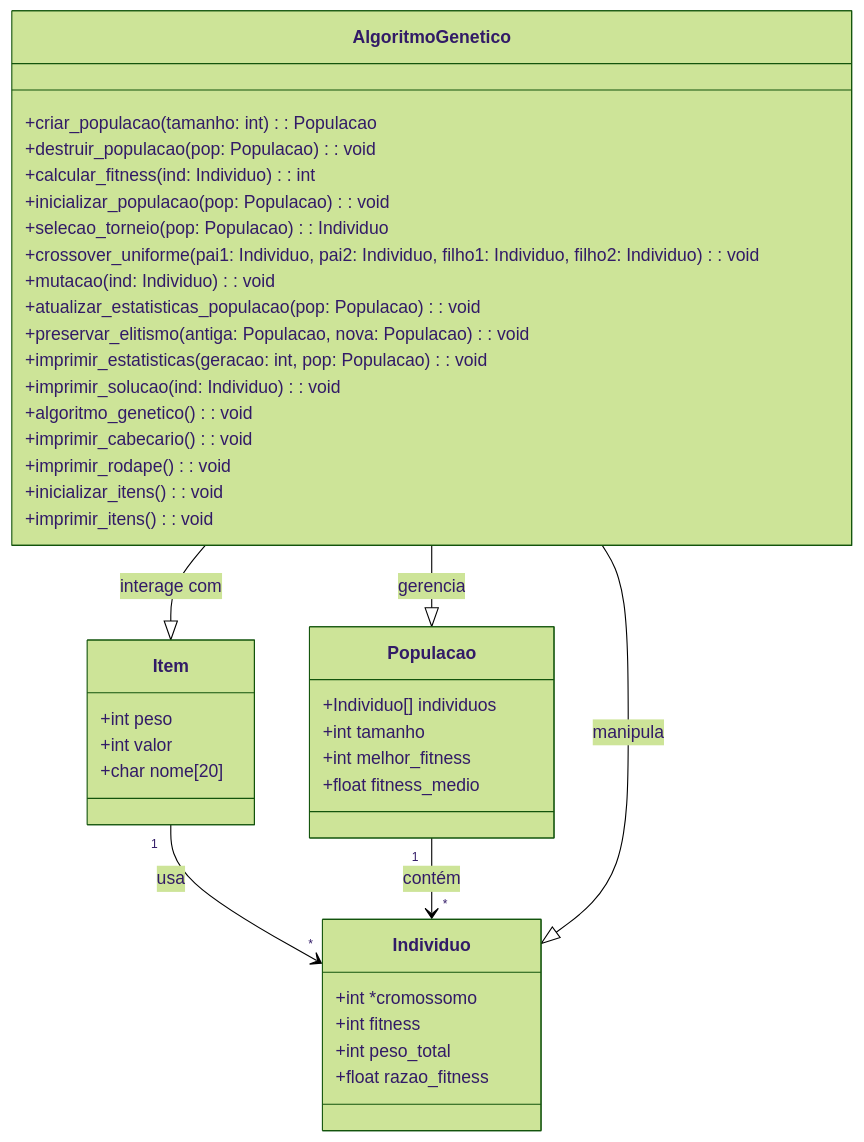
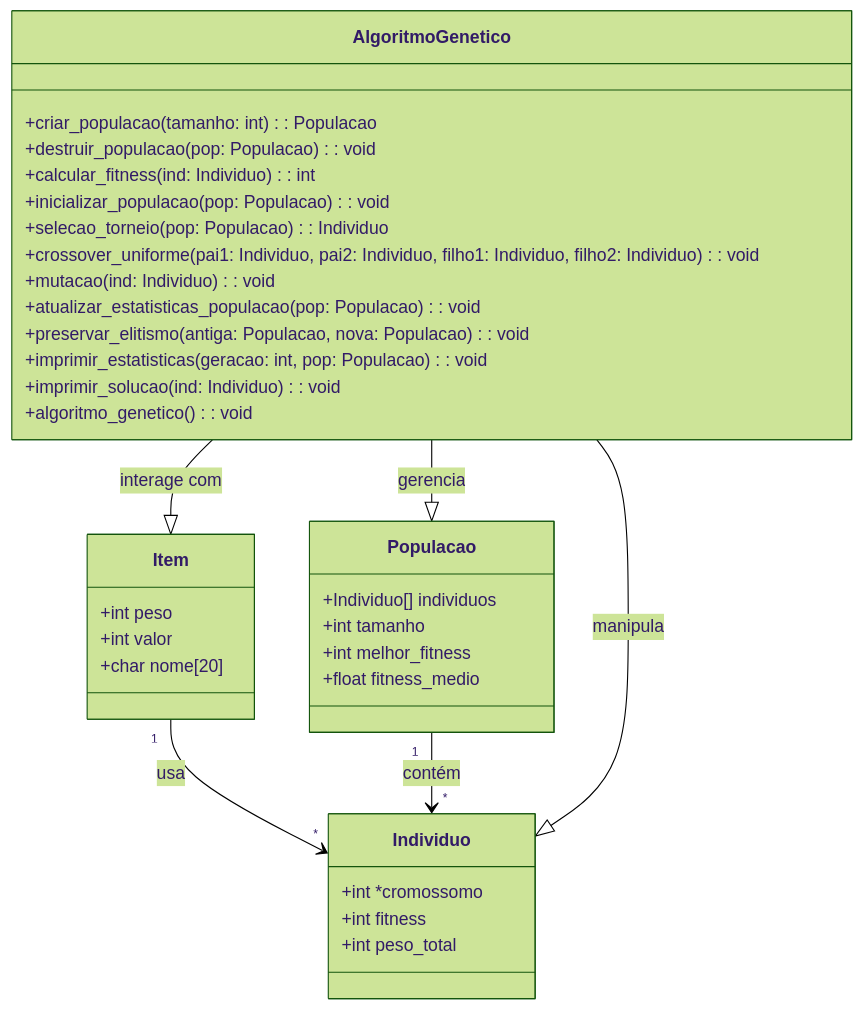
Before and after one commit to StephanyeCunto/BackpackProblem: the diagram in AlgoritmoGenético/README.md, drawn with Mermaid (forest theme). The commit also changed other lines of this file and 6 other files, not shown here.

````diff
--- a/AlgoritmoGenético/README.md
+++ b/AlgoritmoGenético/README.md
@@ -7,43 +15,38 @@
 ```mermaid
 classDiagram
     class Item {
         +int peso
         +int valor
         +char nome[20]
     }
     class Individuo {
         +int *cromossomo
         +int fitness
         +int peso_total
-        +float razao_fitness
     }
     class Populacao {
         +Individuo[] individuos
         +int tamanho
         +int melhor_fitness
         +float fitness_medio
     }
     Item "1" --> "*" Individuo : usa
     Populacao "1" --> "*" Individuo : contém
     class AlgoritmoGenetico {
         +criar_populacao(tamanho: int): Populacao
         +destruir_populacao(pop: Populacao): void
         +calcular_fitness(ind: Individuo): int
         +inicializar_populacao(pop: Populacao): void
         +selecao_torneio(pop: Populacao): Individuo
         +crossover_uniforme(pai1: Individuo, pai2: Individuo, filho1: Individuo, filho2: Individuo): void
         +mutacao(ind: Individuo): void
         +atualizar_estatisticas_populacao(pop: Populacao): void
         +preservar_elitismo(antiga: Populacao, nova: Populacao): void
         +imprimir_estatisticas(geracao: int, pop: Populacao): void
         +imprimir_solucao(ind: Individuo): void
         +algoritmo_genetico(): void
-        +imprimir_cabecario(): void
-        +imprimir_rodape(): void
-        +inicializar_itens(): void
-        +imprimir_itens(): void
     }
     AlgoritmoGenetico --|> Item : interage com
     AlgoritmoGenetico --|> Populacao : gerencia
     AlgoritmoGenetico --|> Individuo : manipula
 ```
````
